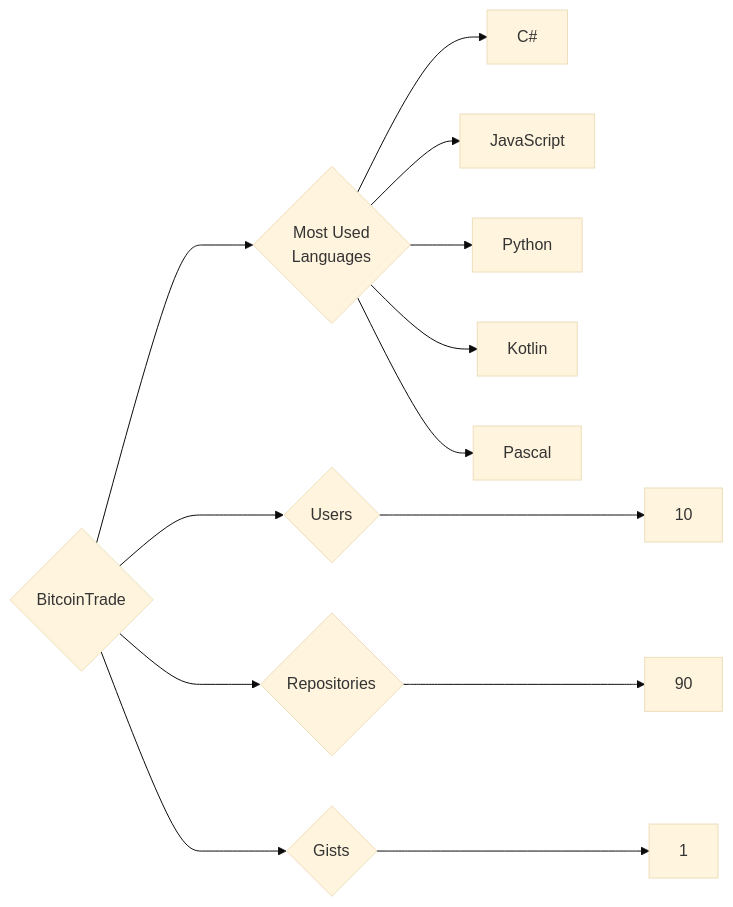
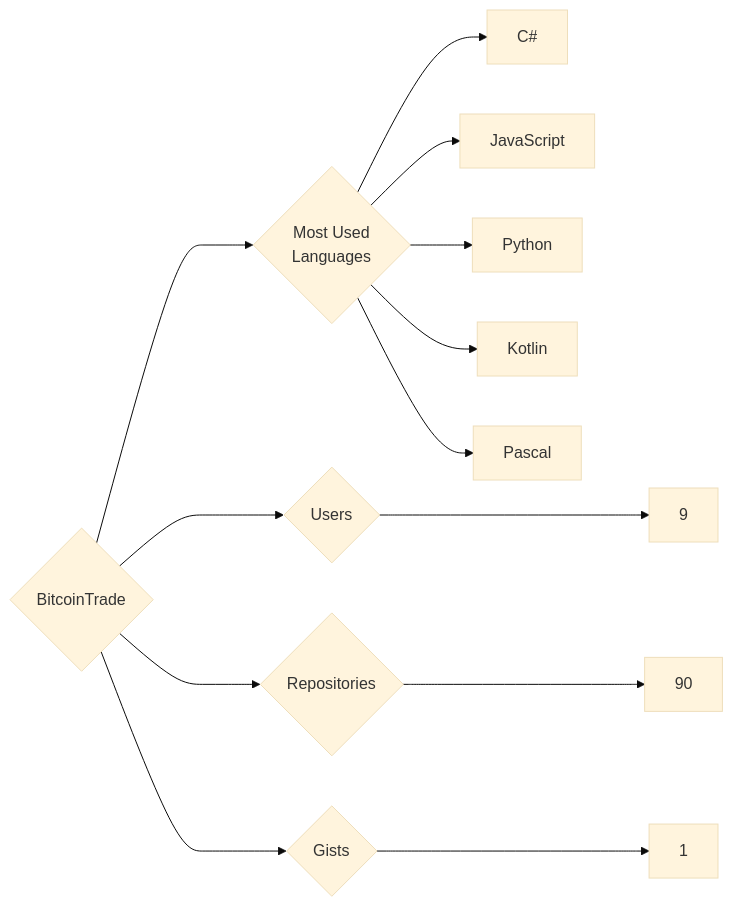
One commit to trickest/insiders changed the diagram in targets/BitcoinTrade/README.md. Above: the diagram before and after it, drawn with Mermaid (base theme). The commit also changed 815 other files, not shown here.

````diff
--- a/targets/BitcoinTrade/README.md
+++ b/targets/BitcoinTrade/README.md
@@ -3,13 +3,13 @@
 ```mermaid
 graph LR
 COMPANY_NAME{BitcoinTrade}
-COMPANY_NAME ---> U{Users} ---> UN[10]
+COMPANY_NAME ---> U{Users} ---> UN[9]
 COMPANY_NAME ---> R{Repositories} ---> RN[90]
 COMPANY_NAME ---> G{Gists} ---> GN[1]
 COMPANY_NAME ---> ML{Most Used<br>Languages}
 ML --> C#[C#]
 ML --> JavaScript[JavaScript]
 ML --> Python[Python]
 ML --> Kotlin[Kotlin]
 ML --> Pascal[Pascal]
 ```
````
